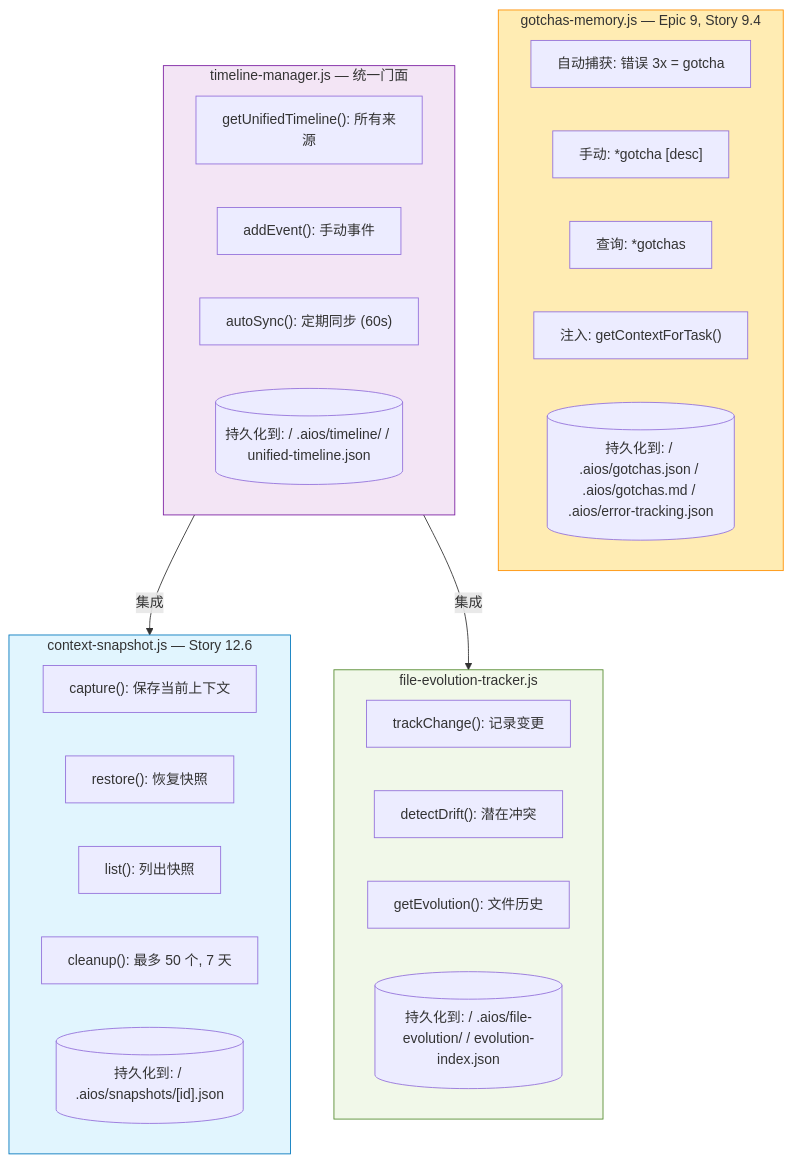
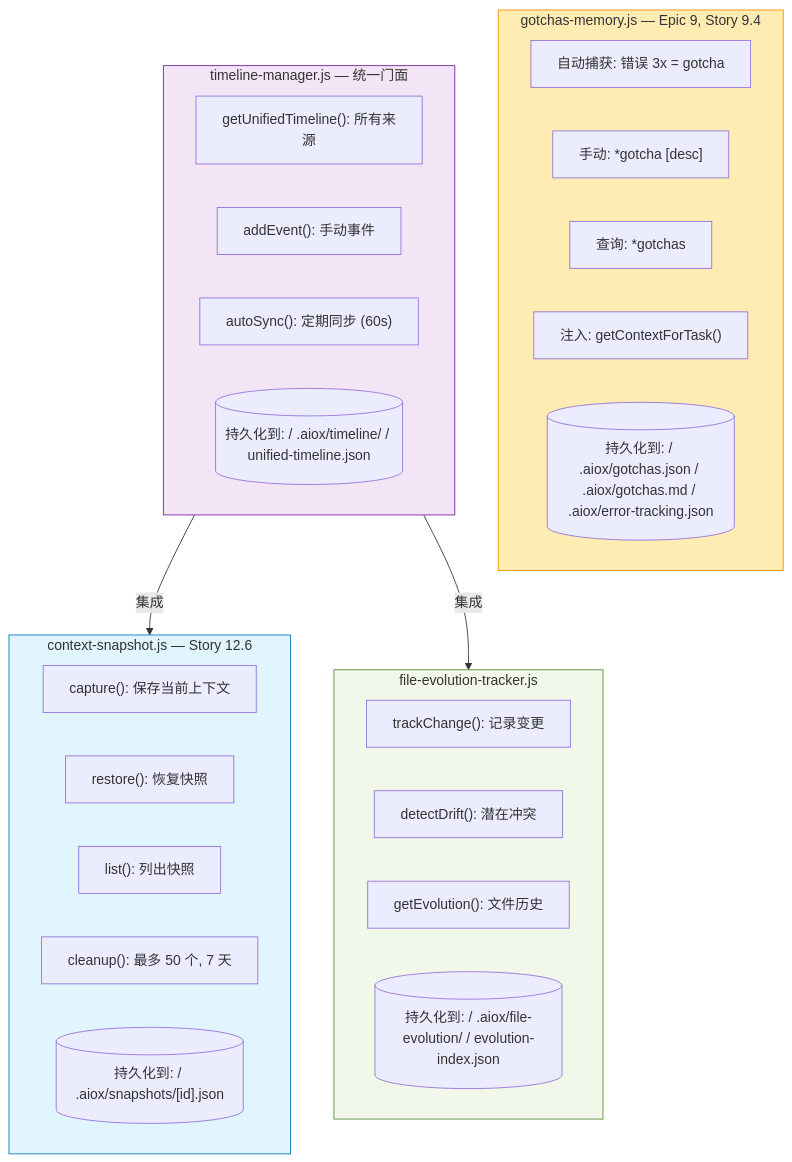
The sixth of 18 diagrams in content/en/docs/zh/guides/MEMORY-SYSTEM.mdx (bychrisr/aios-docs), drawn with Mermaid before and after one commit. The commit also changed other lines of this file and 564 other files, not shown here.

````diff
--- a/content/en/docs/zh/guides/MEMORY-SYSTEM.mdx
+++ b/content/en/docs/zh/guides/MEMORY-SYSTEM.mdx
@@ -258,40 +258,40 @@
 ```mermaid
 flowchart TD
     subgraph GOTCHAS["gotchas-memory.js — Epic 9, Story 9.4"]
         G1["自动捕获: 错误 3x = gotcha"]
         G2["手动: *gotcha [desc]"]
         G3["查询: *gotchas"]
         G4["注入: getContextForTask()"]
-        G5[("持久化到: / .aios/gotchas.json / .aios/gotchas.md / .aios/error-tracking.json")]
+        G5[("持久化到: / .aiox/gotchas.json / .aiox/gotchas.md / .aiox/error-tracking.json")]
     end
 
     subgraph SNAPSHOTS["context-snapshot.js — Story 12.6"]
         S1["capture(): 保存当前上下文"]
         S2["restore(): 恢复快照"]
         S3["list(): 列出快照"]
         S4["cleanup(): 最多 50 个, 7 天"]
-        S5[("持久化到: / .aios/snapshots/[id].json")]
+        S5[("持久化到: / .aiox/snapshots/[id].json")]
     end
 
     subgraph FILE_EVO["file-evolution-tracker.js"]
         F1["trackChange(): 记录变更"]
         F2["detectDrift(): 潜在冲突"]
         F3["getEvolution(): 文件历史"]
-        F4[("持久化到: / .aios/file-evolution/ / evolution-index.json")]
+        F4[("持久化到: / .aiox/file-evolution/ / evolution-index.json")]
     end
 
     subgraph TIMELINE_MGR["timeline-manager.js — 统一门面"]
         T1["getUnifiedTimeline(): 所有来源"]
         T2["addEvent(): 手动事件"]
         T3["autoSync(): 定期同步 (60s)"]
-        T4[("持久化到: / .aios/timeline/ / unified-timeline.json")]
+        T4[("持久化到: / .aiox/timeline/ / unified-timeline.json")]
     end
 
     TIMELINE_MGR -->|"集成"| SNAPSHOTS
     TIMELINE_MGR -->|"集成"| FILE_EVO
 
     style GOTCHAS fill:#FFECB3,stroke:#FF8F00
     style SNAPSHOTS fill:#E1F5FE,stroke:#0277BD
     style FILE_EVO fill:#F1F8E9,stroke:#558B2F
     style TIMELINE_MGR fill:#F3E5F5,stroke:#7B1FA2
 ```
````
